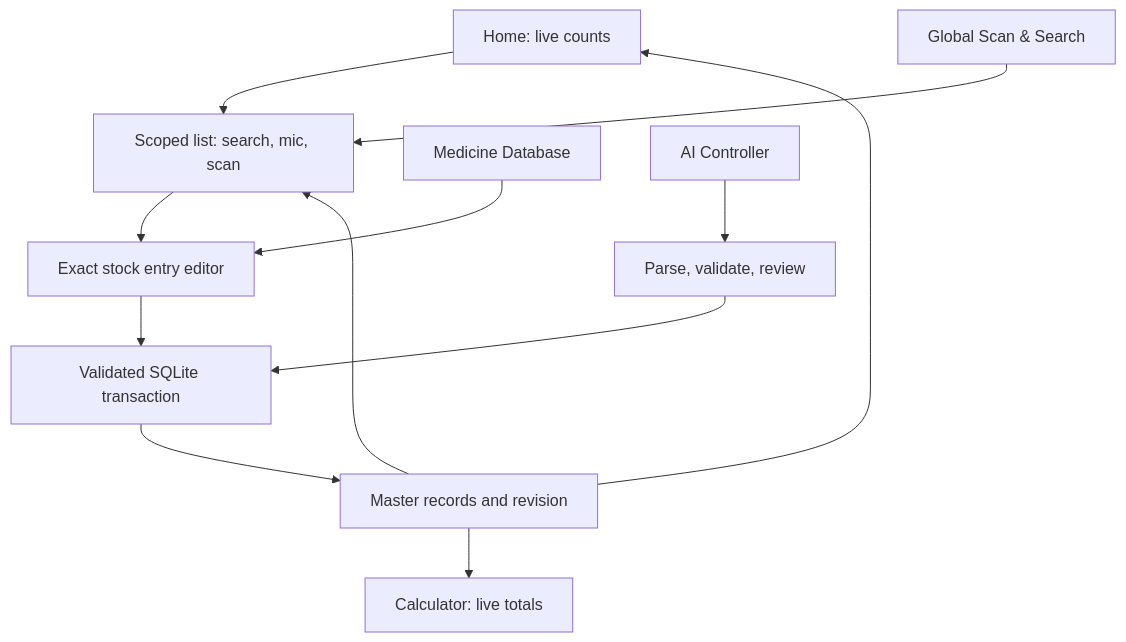
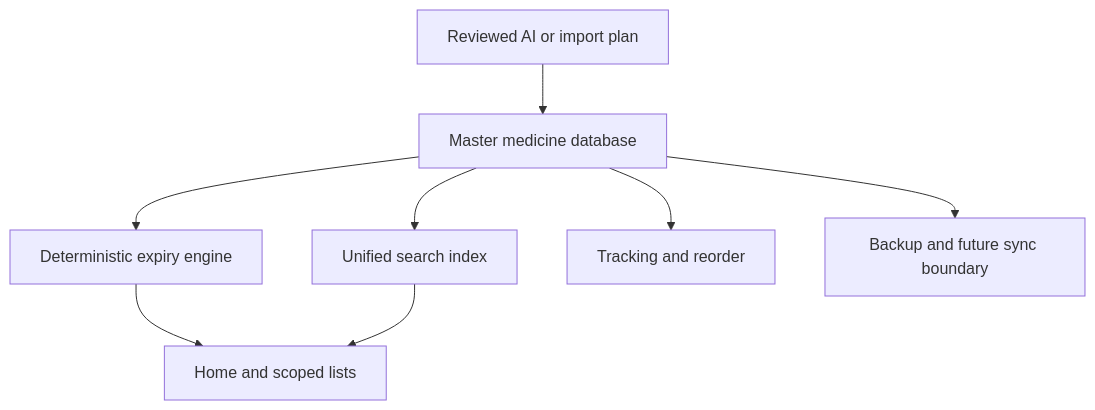
One commit to warishakhan3548-hash/updating-repository changed the diagram in docs/ARCHITECTURE.md. Above: the diagram before and after it, drawn with Mermaid. The commit also changed other lines of this file and 39 other files, not shown here.

Commit message:
feat: complete pharmacy tracking imports backup and safety flows

````diff
--- a/docs/ARCHITECTURE.md
+++ b/docs/ARCHITECTURE.md
@@ -32,14 +13,10 @@
 ```mermaid
 flowchart TD
-  H["Home: live counts"] --> L["Scoped list: search, mic, scan"]
-  G["Global Scan & Search"] --> L
-  L --> E["Exact stock entry editor"]
-  D["Medicine Database"] --> E
-  E --> C["Validated SQLite transaction"]
-  A["AI Controller"] --> R["Parse, validate, review"]
-  R --> C
-  C --> M["Master records and revision"]
-  M --> H
-  M --> L
-  M --> S["Calculator: live totals"]
+  D["Master medicine database"] --> X["Deterministic expiry engine"]
+  D --> S["Unified search index"]
+  D --> T["Tracking and reorder"]
+  X --> H["Home and scoped lists"]
+  S --> H
+  A["Reviewed AI or import plan"] --> D
+  D --> B["Backup and future sync boundary"]
 ```
````
